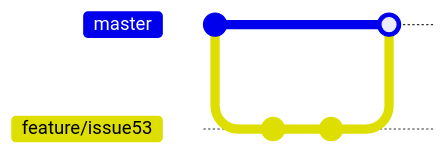
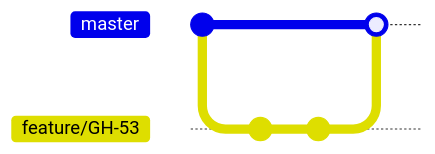
Before and after one commit to edu-python-course/edu-python-course.github.io: the diagram in assets/mermaid/git/merge-1.mmd, drawn with Mermaid. The commit also changed 5 other files, not shown here. Commit ids are hidden.

```diff
--- a/assets/mermaid/git/merge-1.mmd
+++ b/assets/mermaid/git/merge-1.mmd
@@ -1,8 +1,8 @@
 %%{init: {'gitGraph': {'mainBranchName': 'master'}} }%%
 gitGraph
     commit id: "Initial commit"
-    branch feature/issue53
+    branch feature/GH-53
     commit
     commit
     checkout master
-    merge feature/issue53
+    merge feature/GH-53
```
